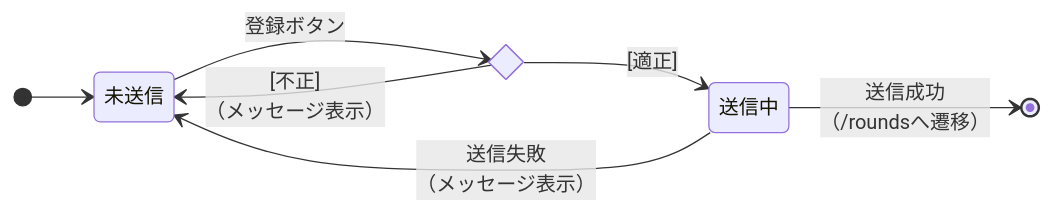
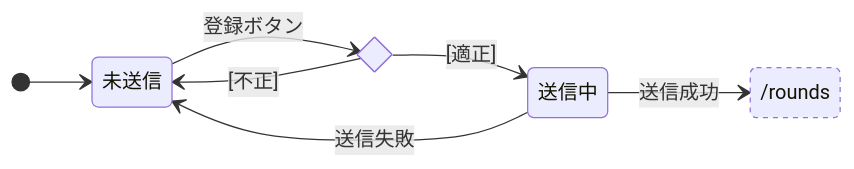
Before and after one commit to yukiyamasaki6/aims: the sixth of 10 diagrams in docs/screen-state.md, drawn with Mermaid. The commit also changed other lines of this file, not shown here.

First line of the commit message:
docs: screen-state.mdの状態遷移図の表記を整理する (#355)

````diff
--- a/docs/screen-state.md
+++ b/docs/screen-state.md
@@ -151,13 +174,18 @@
 ```mermaid
 stateDiagram-v2
     direction LR
+    state "/rounds" as Rounds
+
     [*] --> 未送信
 
     state c1 <<choice>>
     未送信 --> c1: 登録ボタン
     c1 --> 送信中: [適正]
-    c1 --> 未送信: [不正]<br/>（メッセージ表示）
+    c1 --> 未送信: [不正]
 
-    送信中 --> 未送信: 送信失敗<br/>（メッセージ表示）
-    送信中 --> [*]: 送信成功<br/>（/roundsへ遷移）
+    送信中 --> 未送信: 送信失敗
+    送信中 --> Rounds: 送信成功
+
+    classDef external stroke-dasharray: 4 4
+    class Rounds external
 ```
````
